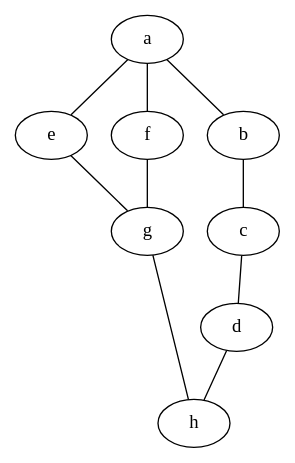
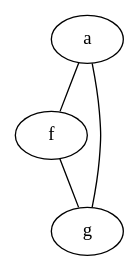
One commit to zindlerb/grafs changed the diagram in graph_viz_graphs/generic_graph.dot. Above: the diagram before and after it, drawn with Graphviz. The commit also changed 2 other files, not shown here.

```diff
--- a/graph_viz_graphs/generic_graph.dot
+++ b/graph_viz_graphs/generic_graph.dot
@@ -1,17 +1,10 @@
 /*
 	Communications In The Bz Repo
 */
 
 graph generic_graph
 {
-
-	"a" -- "e"
 	"a" -- "f"
-	"b" -- "c"
-	"c" -- "d"
-	"e" -- "g"
+	"a" -- "g"
 	"f" -- "g"
-	"g" -- "h"
-	"d" -- "h"
-	"a" -- "b"
 }
```
